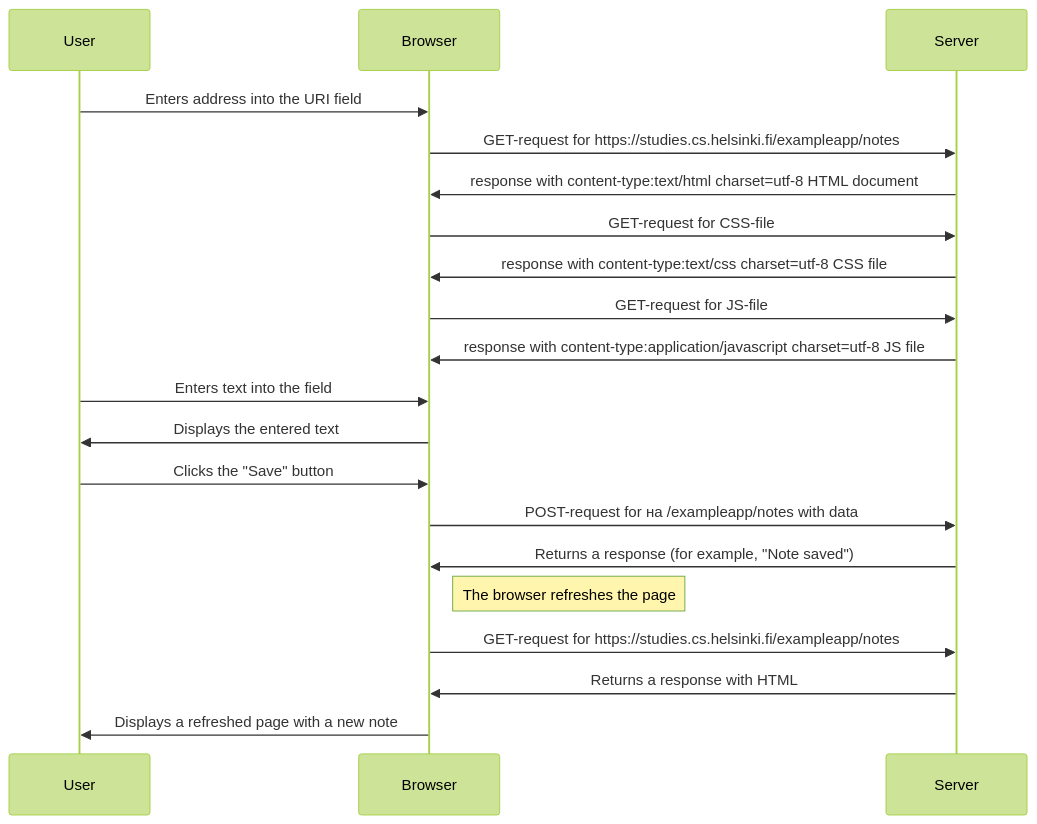
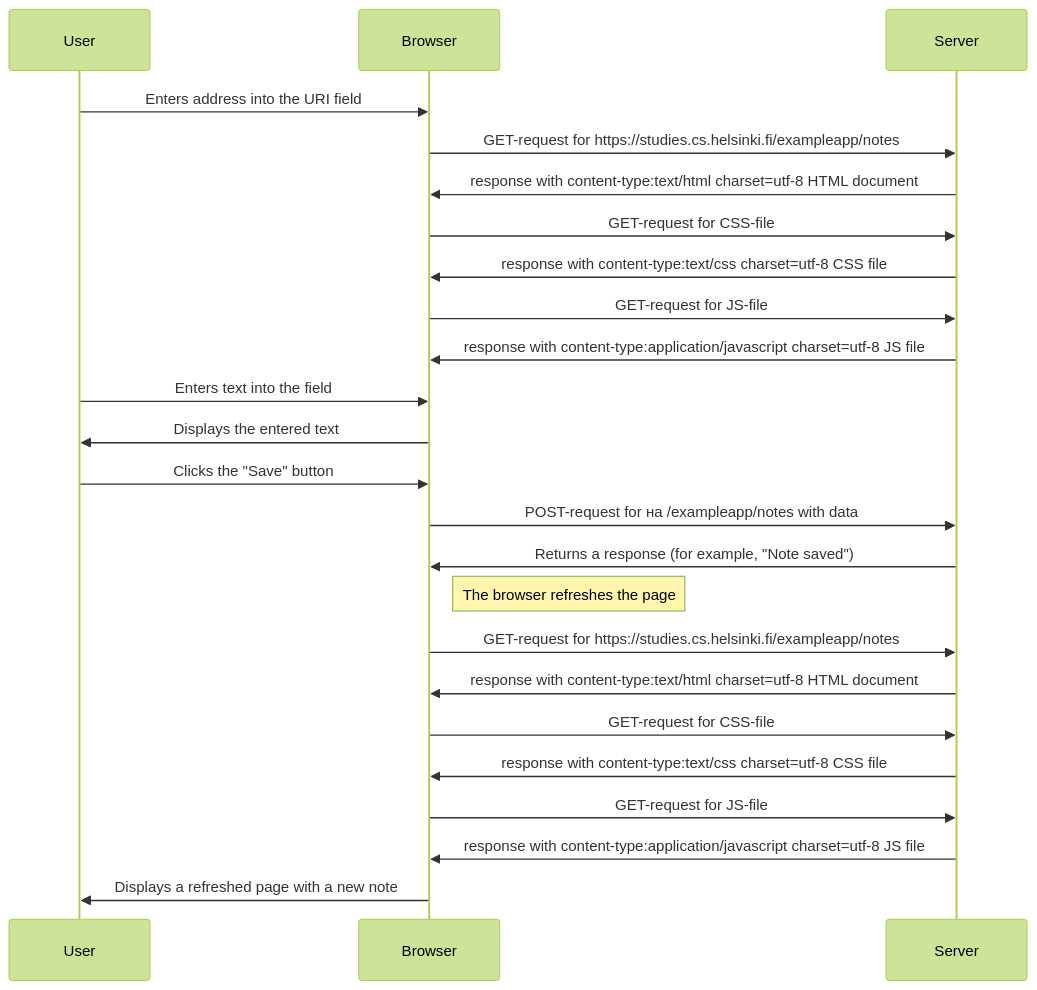
One commit to iFrodo/fullstackopen changed the diagram in README.md. Above: the diagram before and after it, drawn with Mermaid (forest theme).

````diff
--- a/README.md
+++ b/README.md
@@ -1,31 +1,38 @@
 ``` mermaid
 sequenceDiagram
     participant User
     participant Browser
     participant Server
 
     User->>Browser: Enters address into the URI field
 
     Browser->>Server: GET-request for https://studies.cs.helsinki.fi/exampleapp/notes
     Server->>Browser: response  with content-type:text/html charset=utf-8 HTML document 
 
     Browser->>Server: GET-request for CSS-file
     Server->>Browser: response with content-type:text/css charset=utf-8 CSS file
 
     Browser->>Server: GET-request for JS-file
     Server->>Browser: response with content-type:application/javascript charset=utf-8 JS file
 
     User->>Browser: Enters text into the field
     Browser->>User: Displays the entered text
 
     User->>Browser: Clicks the "Save" button
     Browser->>Server: POST-request for на /exampleapp/notes with data
     Server->>Browser: Returns a response (for example, "Note saved")
 
     Note right of Browser: The browser refreshes the page
-    Browser->>Server: GET-request for https://studies.cs.helsinki.fi/exampleapp/notes
-    Server->>Browser: Returns a response with HTML
+   Browser->>Server: GET-request for https://studies.cs.helsinki.fi/exampleapp/notes
+    Server->>Browser: response  with content-type:text/html charset=utf-8 HTML document 
+
+    Browser->>Server: GET-request for CSS-file
+    Server->>Browser: response with content-type:text/css charset=utf-8 CSS file
+
+    Browser->>Server: GET-request for JS-file
+    Server->>Browser: response with content-type:application/javascript charset=utf-8 JS file
+
     Browser->>User: Displays a refreshed page with a new note
 
 
 ```
````
